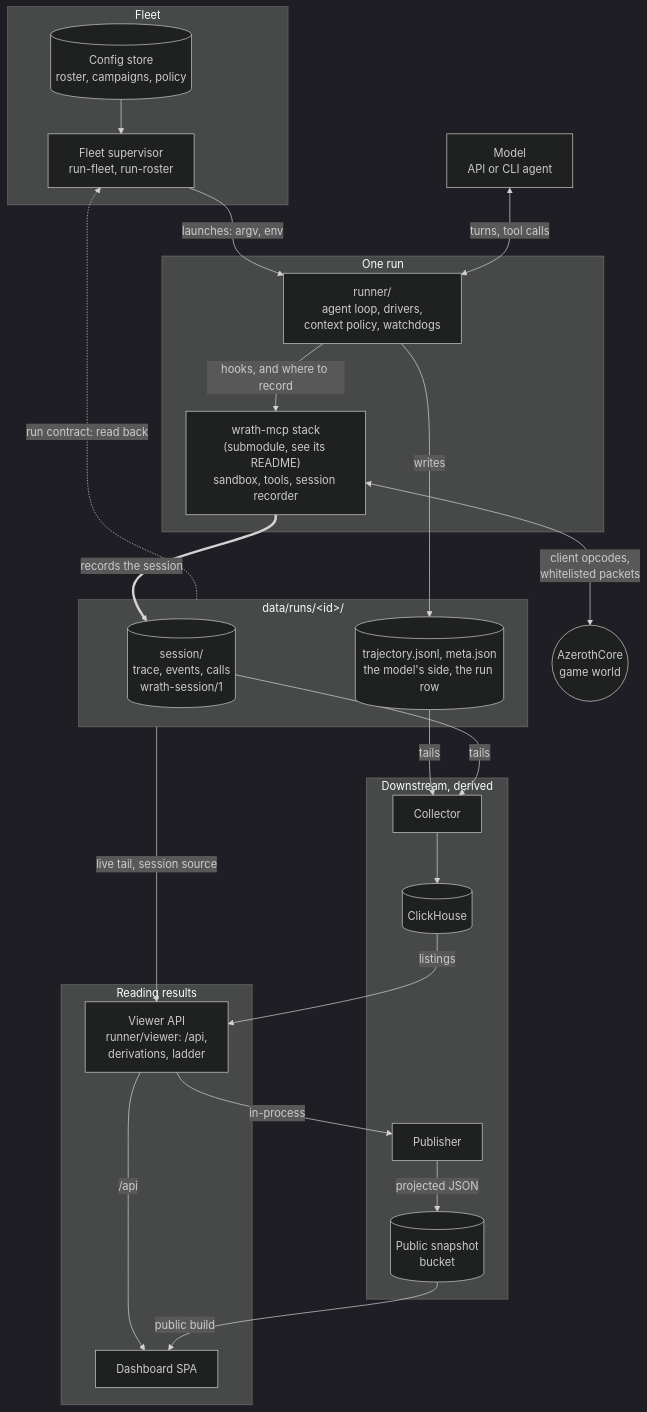
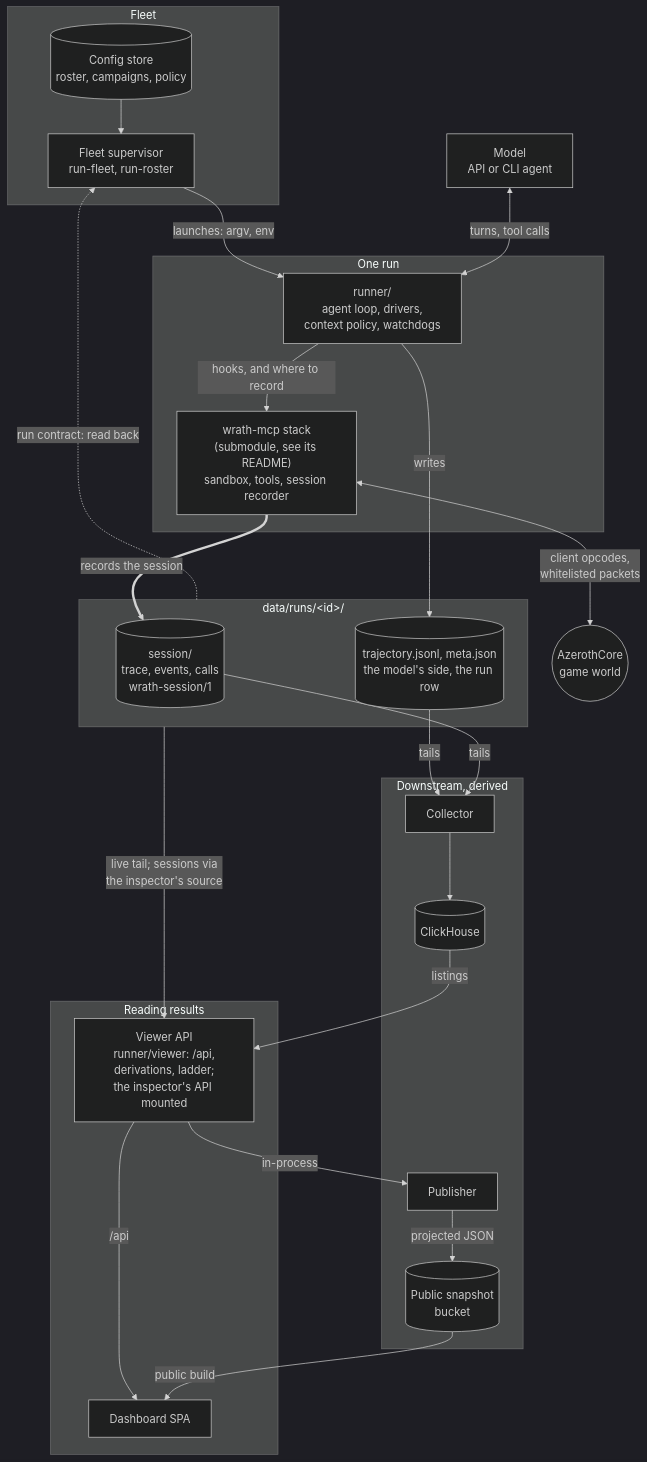
Before and after one commit to Shard/WrathBench: the diagram in docs/ARCHITECTURE.md, drawn with Mermaid (dark theme). The commit also changed other lines of this file and 35 other files, not shown here.

First line of the commit message:
dashboard: the session-side views are the inspector's; the run page embeds its event feed

````diff
--- a/docs/ARCHITECTURE.md
+++ b/docs/ARCHITECTURE.md
@@ -5,51 +5,51 @@
 ```mermaid
 flowchart TB
     subgraph fleet["Fleet"]
         store[("Config store<br/>roster, campaigns, policy")]
         supervisor["Fleet supervisor<br/>run-fleet, run-roster"]
     end
 
     model["Model<br/>API or CLI agent"]
 
     subgraph run["One run"]
         runner["runner/<br/>agent loop, drivers,<br/>context policy, watchdogs"]
         stack["wrath-mcp stack<br/>(submodule, see its README)<br/>sandbox, tools, session recorder"]
     end
 
     world(("AzerothCore<br/>game world"))
 
     subgraph records["data/runs/#lt;id#gt;/"]
         session[("session/<br/>trace, events, calls<br/>wrath-session/1")]
         trajectory[("trajectory.jsonl, meta.json<br/>the model's side, the run row")]
     end
 
     subgraph view["Reading results"]
-        viewer["Viewer API<br/>runner/viewer: /api,<br/>derivations, ladder"]
+        viewer["Viewer API<br/>runner/viewer: /api,<br/>derivations, ladder;<br/>the inspector's API mounted"]
         dashboard["Dashboard SPA"]
     end
 
     subgraph downstream["Downstream, derived"]
         collector["Collector"]
         clickhouse[("ClickHouse")]
         publisher["Publisher"]
         bucket[("Public snapshot<br/>bucket")]
     end
 
     store --> supervisor
     supervisor -->|"launches: argv, env"| runner
     model <-->|"turns, tool calls"| runner
     runner -->|"hooks, and where to record"| stack
     stack <-->|"client opcodes,<br/>whitelisted packets"| world
     stack ==>|"records the session"| session
     runner -->|"writes"| trajectory
     records -.->|"run contract: read back"| supervisor
     trajectory -->|"tails"| collector
     session -->|"tails"| collector
     collector --> clickhouse
     clickhouse -->|"listings"| viewer
-    records -->|"live tail, session source"| viewer
+    records -->|"live tail; sessions via<br/>the inspector's source"| viewer
     viewer -->|"/api"| dashboard
     viewer -->|"in-process"| publisher
     publisher -->|"projected JSON"| bucket
     bucket -->|"public build"| dashboard
 ```
````
